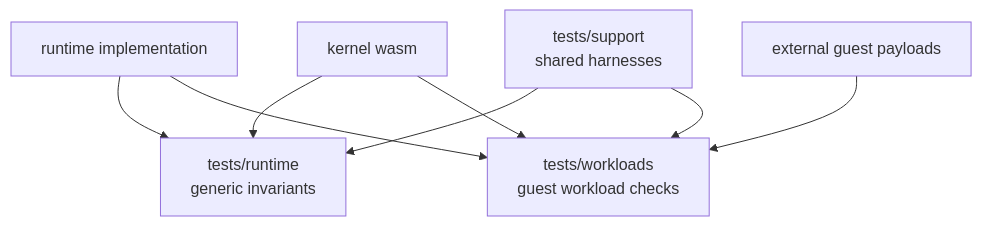
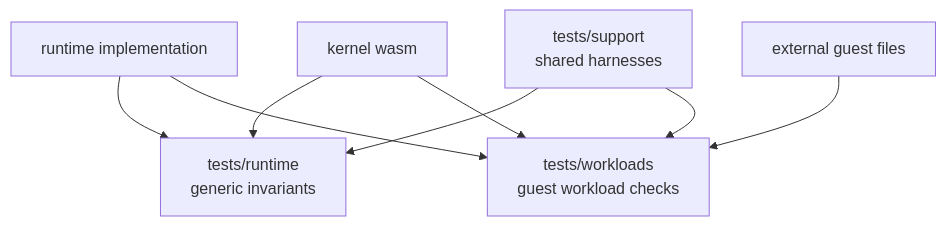
Before and after one commit to tidemarksh/docs: the second of 2 diagrams in docs/runtime.md, drawn with Mermaid. The commit also changed other lines of this file and 11 other files, not shown here.

Commit message:
docs: restructure architecture section

````diff
--- a/docs/runtime.md
+++ b/docs/runtime.md
@@ -120,17 +139,17 @@
 ```mermaid
 flowchart TB
   RuntimeTests["tests/runtime<br/>generic invariants"]
   Workloads["tests/workloads<br/>guest workload checks"]
   Support["tests/support<br/>shared harnesses"]
   Runtime["runtime implementation"]
   Kernel["kernel wasm"]
-  Artifacts["external guest payloads"]
+  GuestFiles["external guest files"]
 
   Runtime --> RuntimeTests
   Runtime --> Workloads
   Kernel --> RuntimeTests
   Kernel --> Workloads
-  Artifacts --> Workloads
+  GuestFiles --> Workloads
   Support --> RuntimeTests
   Support --> Workloads
 ```
````
